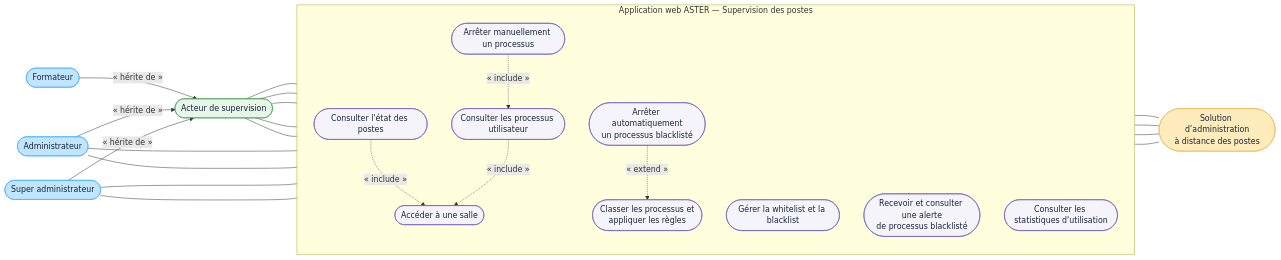
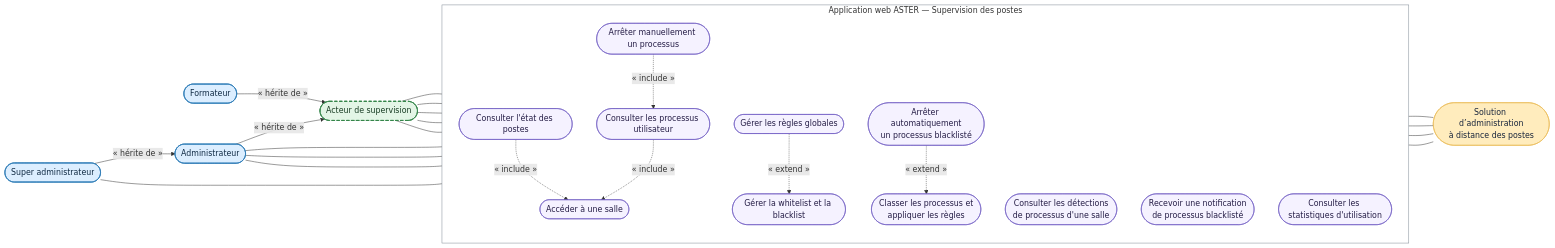
One commit to bpierrelouis/aster changed the diagram in docs/10-DCU-SUPERVISION-POSTES.md. Above: the diagram before and after it, drawn with Mermaid. The commit also changed 4 other files, not shown here.

Commit message:
docs(uml): harmoniser les diagrammes de cas d'utilisation

````diff
--- a/docs/10-DCU-SUPERVISION-POSTES.md
+++ b/docs/10-DCU-SUPERVISION-POSTES.md
@@ -3,55 +3,60 @@
 ```mermaid
 flowchart LR
     acteurSupervision(["Acteur de supervision"])
     formateur(["Formateur"])
     administrateur(["Administrateur"])
     superAdministrateur(["Super administrateur"])
 
     formateur -->|« hérite de »| acteurSupervision
     administrateur -->|« hérite de »| acteurSupervision
-    superAdministrateur -->|« hérite de »| acteurSupervision
+    superAdministrateur -->|« hérite de »| administrateur
 
     subgraph aster["Application web ASTER — Supervision des postes"]
         direction TB
         accederSalle(["Accéder à une salle"])
         consulterEtat(["Consulter l'état des postes"])
         consulterProcessus(["Consulter les processus utilisateur"])
         arreterProcessus(["Arrêter manuellement un processus"])
         gererListes(["Gérer la whitelist et la blacklist"])
+        gererReglesGlobales(["Gérer les règles globales"])
         appliquerRegles(["Classer les processus et<br/>appliquer les règles"])
         arreterInterdit(["Arrêter automatiquement<br/>un processus blacklisté"])
-        consulterAlertes(["Recevoir et consulter une alerte<br/>de processus blacklisté"])
+        consulterAlertes(["Consulter les détections<br/>de processus d'une salle"])
+        recevoirAlerte(["Recevoir une notification<br/>de processus blacklisté"])
         consulterStatistiques(["Consulter les statistiques d'utilisation"])
     end
 
     administrationDistante(["Solution d’administration<br/>à distance des postes"])
 
     acteurSupervision --- accederSalle
     acteurSupervision --- consulterEtat
     acteurSupervision --- consulterProcessus
     acteurSupervision --- arreterProcessus
     acteurSupervision --- consulterAlertes
     administrateur --- gererListes
     administrateur --- consulterStatistiques
-    superAdministrateur --- gererListes
-    superAdministrateur --- consulterStatistiques
+    administrateur --- recevoirAlerte
+    superAdministrateur --- gererReglesGlobales
 
     consulterEtat -.->|« include »| accederSalle
     consulterProcessus -.->|« include »| accederSalle
     arreterProcessus -.->|« include »| consulterProcessus
+    gererReglesGlobales -.->|« extend »| gererListes
     arreterInterdit -.->|« extend »| appliquerRegles
 
     consulterEtat --- administrationDistante
     consulterProcessus --- administrationDistante
     arreterProcessus --- administrationDistante
     appliquerRegles --- administrationDistante
 
-    classDef acteur fill:#C2E5FF,stroke:#3DADFF,color:#17243B
-    classDef acteurGeneral fill:#E8F5E9,stroke:#3E9B4B,color:#17243B
+    classDef acteurReel fill:#DCEEFF,stroke:#2878B5,color:#102A43,stroke-width:1.5px
+    classDef acteurAbstrait fill:#E3F5E6,stroke:#35864A,color:#173B22,stroke-width:2px,stroke-dasharray:6 4
     classDef acteurSecondaire fill:#FFECBD,stroke:#E8B84E,color:#17243B
-    classDef cas fill:#F6F4FB,stroke:#6954C0,color:#17243B
-    class formateur,administrateur,superAdministrateur acteur
-    class acteurSupervision acteurGeneral
+    classDef casUtilisation fill:#F5F2FF,stroke:#6954C0,color:#241C45
+    class formateur,administrateur,superAdministrateur acteurReel
+    class acteurSupervision acteurAbstrait
     class administrationDistante acteurSecondaire
-    class accederSalle,consulterEtat,consulterProcessus,arreterProcessus,gererListes,appliquerRegles,arreterInterdit,consulterAlertes,consulterStatistiques cas
+    class accederSalle,consulterEtat,consulterProcessus,arreterProcessus,gererListes,gererReglesGlobales,appliquerRegles,arreterInterdit,consulterAlertes,recevoirAlerte,consulterStatistiques casUtilisation
+
+    style aster fill:none,stroke:#7D8793,stroke-width:1px
 ```
````
